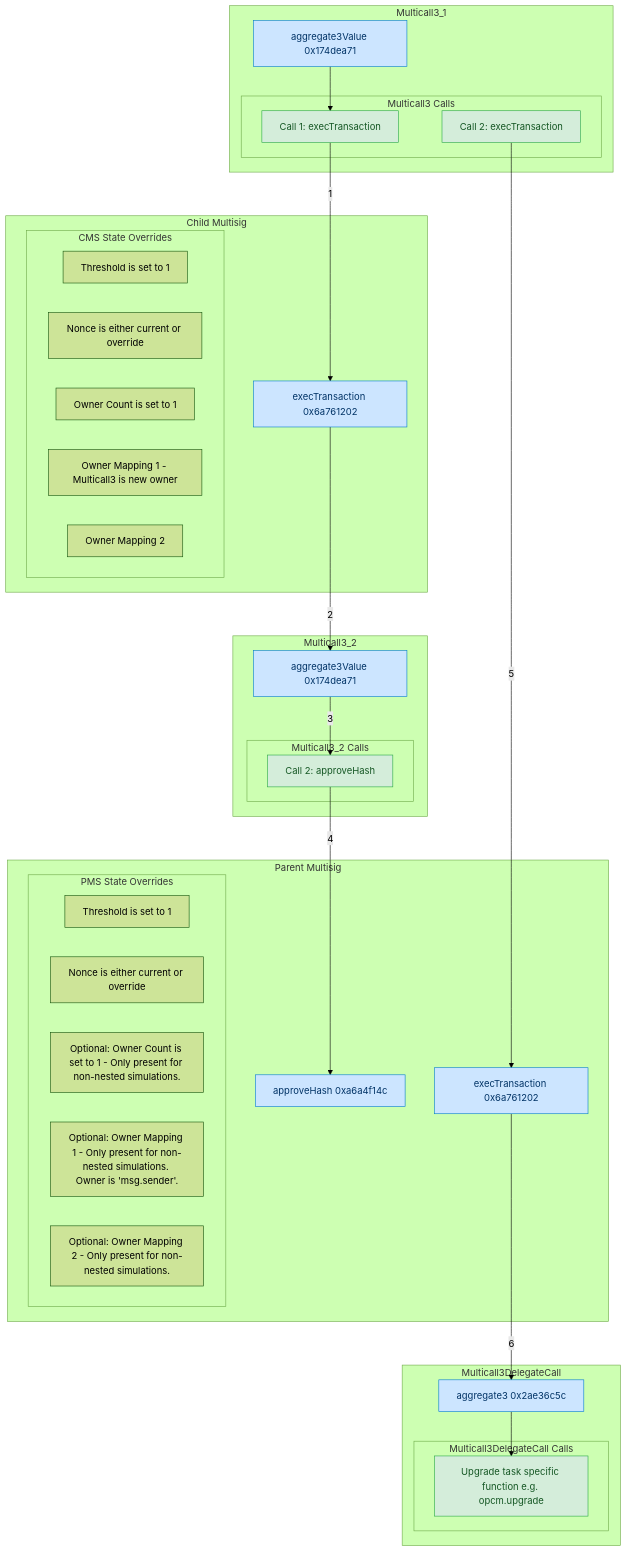
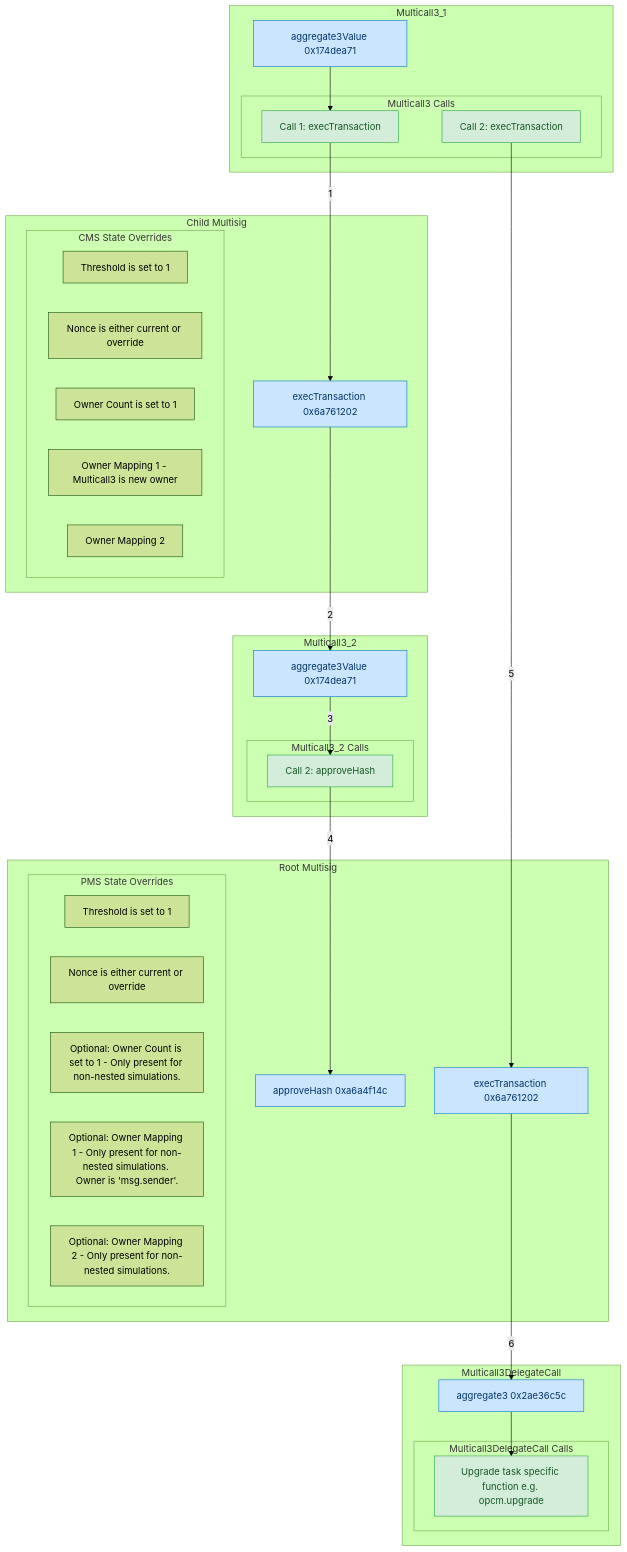
The diagram in NESTED-VALIDATION.md (ethereum-optimism/superchain-ops), drawn with Mermaid (forest theme) before and after one commit. The commit also changed 25 other files, not shown here.

Commit message:
refactor: rename parent multisig to root safe

````diff
--- a/NESTED-VALIDATION.md
+++ b/NESTED-VALIDATION.md
@@ -128,71 +128,71 @@
 ```mermaid
 graph TD
   subgraph Multicall3_1
     A1[aggregate3Value 0x174dea71]
     subgraph Multicall3 Calls
         A2[Call 1: execTransaction]
         A3[Call 2: execTransaction]
     end
   end
 
   subgraph Child Multisig
     B1[execTransaction 0x6a761202]
     subgraph CMS State Overrides
         B2[Threshold is set to 1]
         B3[Nonce is either current or override]
         B4[Owner Count is set to 1]
         B5[Owner Mapping 1 - Multicall3 is new owner]
         B6[Owner Mapping 2]
     end
   end
 
   subgraph Multicall3_2
     C1[aggregate3Value 0x174dea71]
     subgraph Multicall3_2 Calls
         C2[Call 2: approveHash]
     end
   end
 
-  subgraph Parent Multisig
+  subgraph Root Multisig
     D1[approveHash 0xa6a4f14c]
     D2[execTransaction 0x6a761202]
     subgraph PMS State Overrides
         D3[Threshold is set to 1]
         D4[Nonce is either current or override]
         D5[Optional: Owner Count is set to 1 - Only present for non-nested simulations.]
         D6[Optional: Owner Mapping 1 - Only present for non-nested simulations. Owner is 'msg.sender'.]
         D7[Optional: Owner Mapping 2 - Only present for non-nested simulations.]
     end
   end
 
   subgraph Multicall3DelegateCall
     E1["aggregate3 0x2ae36c5c"]
     subgraph Multicall3DelegateCall Calls 
       E2[Upgrade task specific function e.g. opcm.upgrade]
     end
   end
 
   A1 --> A2
   A2 -->|1| B1
   B1 -->|2| C1
   C1 -->|3| C2
   C2 -->|4| D1
   A3 -->|5| D2
   D2 -->|6| E1
   E1 --> E2
 
 
   classDef blue fill:#cce5ff,stroke:#007acc,color:#003366;
   classDef green fill:#d4edda,stroke:#28a745,color:#155724;
 
   class A1 blue
   class A2 green
   class A3 green
   class B1 blue
   class C1 blue
   class D1 blue
   class D2 blue
   class E1 blue
   class E2 green
   class C2 green
 ```
````
